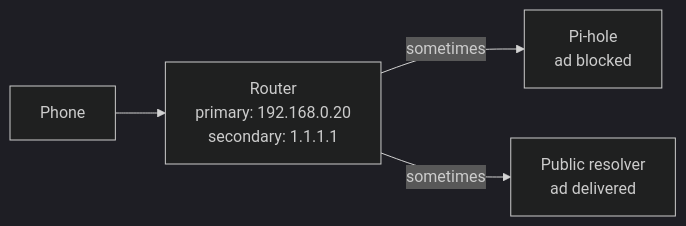
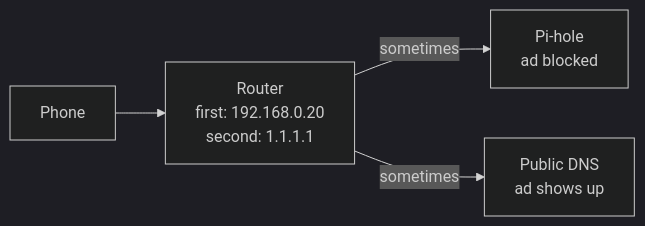
Before and after one commit to shibbirweb/shibbirweb.github.io: the third of 4 diagrams in content/articles/03-using-pi-hole-without-pinning-my-whole-network-to-one-dns-server.md, drawn with Mermaid (dark theme). The commit also changed other lines of this file, not shown here.

````diff
--- a/content/articles/03-using-pi-hole-without-pinning-my-whole-network-to-one-dns-server.md
+++ b/content/articles/03-using-pi-hole-without-pinning-my-whole-network-to-one-dns-server.md
@@ -70,6 +86,6 @@
 ```mermaid
 flowchart LR
-    Device["Phone"] --> Router["Router<br/>primary: 192.168.0.20<br/>secondary: 1.1.1.1"]
+    Device["Phone"] --> Router["Router<br/>first: 192.168.0.20<br/>second: 1.1.1.1"]
     Router -->|"sometimes"| Pihole["Pi-hole<br/>ad blocked"]
-    Router -->|"sometimes"| Public["Public resolver<br/>ad delivered"]
+    Router -->|"sometimes"| Public["Public DNS<br/>ad shows up"]
 ```
````
